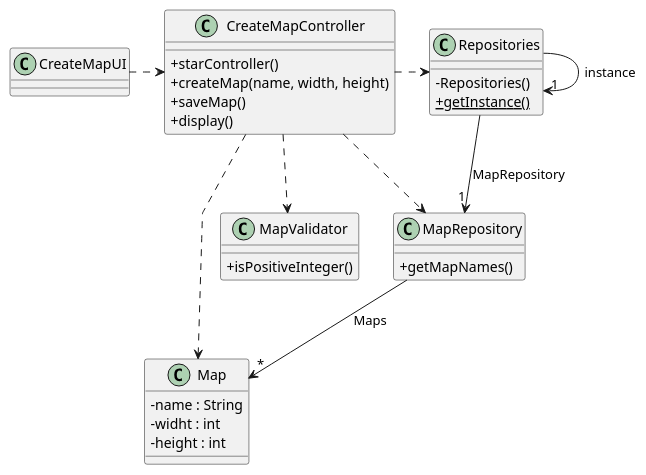
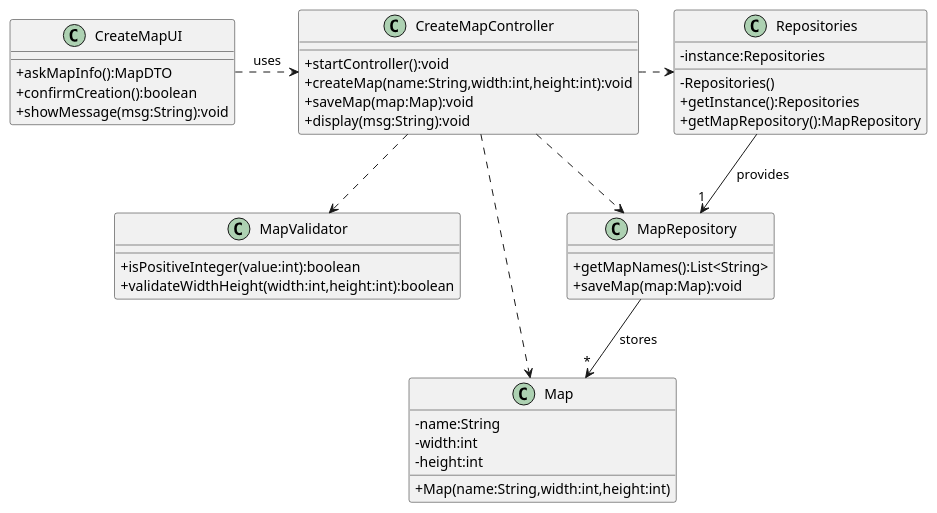
Before and after one commit to 1240826/empire-on-tracks: the diagram in docs/system-documentation/US001/03.design/puml/US001-CD.puml, drawn with PlantUML. The commit also changed 10 other files, not shown here.

```diff
--- a/docs/system-documentation/US001/03.design/puml/US001-CD.puml
+++ b/docs/system-documentation/US001/03.design/puml/US001-CD.puml
@@ -1,70 +1,52 @@
 @startuml
-'skinparam monochrome true
 skinparam packageStyle rectangle
 skinparam shadowing false
 skinparam linetype polyline
-'skinparam linetype orto
-
 skinparam classAttributeIconSize 0
 
-'left to right direction
+class CreateMapUI {
+  +askMapInfo():MapDTO
+  +confirmCreation():boolean
+  +showMessage(msg:String):void
+}
 
 class CreateMapController {
-    + starController()
-    + createMap(name, width, height)
-    + saveMap()
-    +display()
+  +startController():void
+  +createMap(name:String,width:int,height:int):void
+  +saveMap(map:Map):void
+  +display(msg:String):void
 }
 
+class MapValidator {
+  +isPositiveInteger(value:int):boolean
+  +validateWidthHeight(width:int,height:int):boolean
+}
 
 class Repositories {
-    - Repositories()
-    + {static} getInstance()
+  -instance:Repositories
+  -Repositories()
+  +getInstance():Repositories
+  +getMapRepository():MapRepository
+}
 
-
-}
 class MapRepository {
-    + getMapNames()
+  +getMapNames():List<String>
+  +saveMap(map:Map):void
 }
 
 class Map {
-    - name : String
-    - widht : int
-    - height : int
+  -name:String
+  -width:int
+  -height:int
+  +Map(name:String,width:int,height:int)
 }
 
-class CreateMapUI {
-}
-
-class MapValidator{
-+isPositiveInteger()
-
-}
-
-CreateMapUI .> CreateMapController
-
-
-
-
-
-CreateMapController ..> Map
+CreateMapUI .> CreateMapController     : uses
+CreateMapController ..> MapValidator
 CreateMapController ..> MapRepository
 CreateMapController .> Repositories
-CreateMapController ..>MapValidator
+CreateMapController ..> Map
 
-Repositories -> "1" Repositories : instance
-Repositories --> "1" MapRepository : MapRepository
-
-
-
-
-
-
-MapRepository --> "*" Map : Maps
-
-
-
-
-
-
+Repositories --> "1" MapRepository    : provides
+MapRepository --> "*" Map             : stores
 @enduml
```
